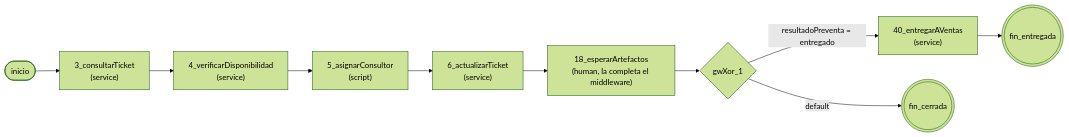
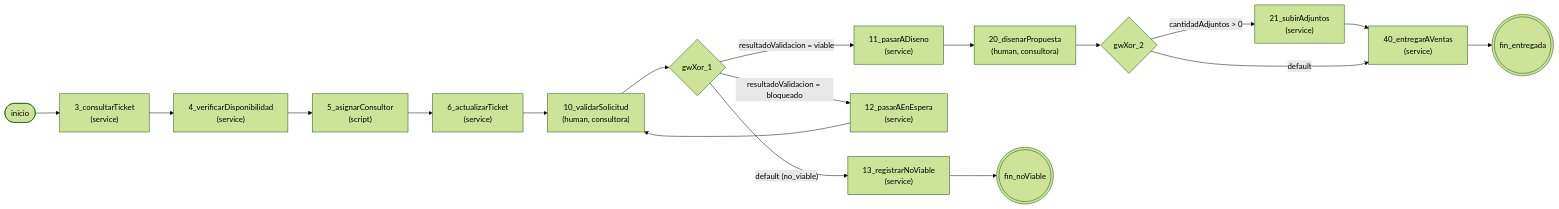
One commit to paolagaita-try/conex_tests changed the diagram in docs/07-bonita/bpmn.md. Above: the diagram before and after it, drawn with Mermaid (forest theme). The commit also changed other lines of this file and 30 other files, not shown here.

````diff
--- a/docs/07-bonita/bpmn.md
+++ b/docs/07-bonita/bpmn.md
@@ -39,17 +40,26 @@
 ```mermaid
 flowchart LR
   inicio([inicio])
   n3["3_consultarTicket\n(service)"]
   n4["4_verificarDisponibilidad\n(service)"]
   n5["5_asignarConsultor\n(script)"]
   n6["6_actualizarTicket\n(service)"]
-  n18["18_esperarArtefactos\n(human, la completa el middleware)"]
+  n10["10_validarSolicitud\n(human, consultora)"]
   g1{"gwXor_1"}
+  n11["11_pasarADiseno\n(service)"]
+  n12["12_pasarAEnEspera\n(service)"]
+  n13["13_registrarNoViable\n(service)"]
+  n20["20_disenarPropuesta\n(human, consultora)"]
+  g2{"gwXor_2"}
+  n21["21_subirAdjuntos\n(service)"]
   n40["40_entregarAVentas\n(service)"]
   f1(((fin_entregada)))
-  f2(((fin_cerrada)))
-  inicio --> n3 --> n4 --> n5 --> n6 --> n18 --> g1
-  g1 -- "resultadoPreventa = entregado" --> n40
-  g1 -- "default" --> f2
+  f2(((fin_noViable)))
+  inicio --> n3 --> n4 --> n5 --> n6 --> n10 --> g1
+  g1 -- "resultadoValidacion = viable" --> n11 --> n20 --> g2
+  g2 -- "cantidadAdjuntos > 0" --> n21 --> n40
+  g2 -- "default" --> n40
   n40 --> f1
+  g1 -- "resultadoValidacion = bloqueado" --> n12 --> n10
+  g1 -- "default (no_viable)" --> n13 --> f2
 ```
````
